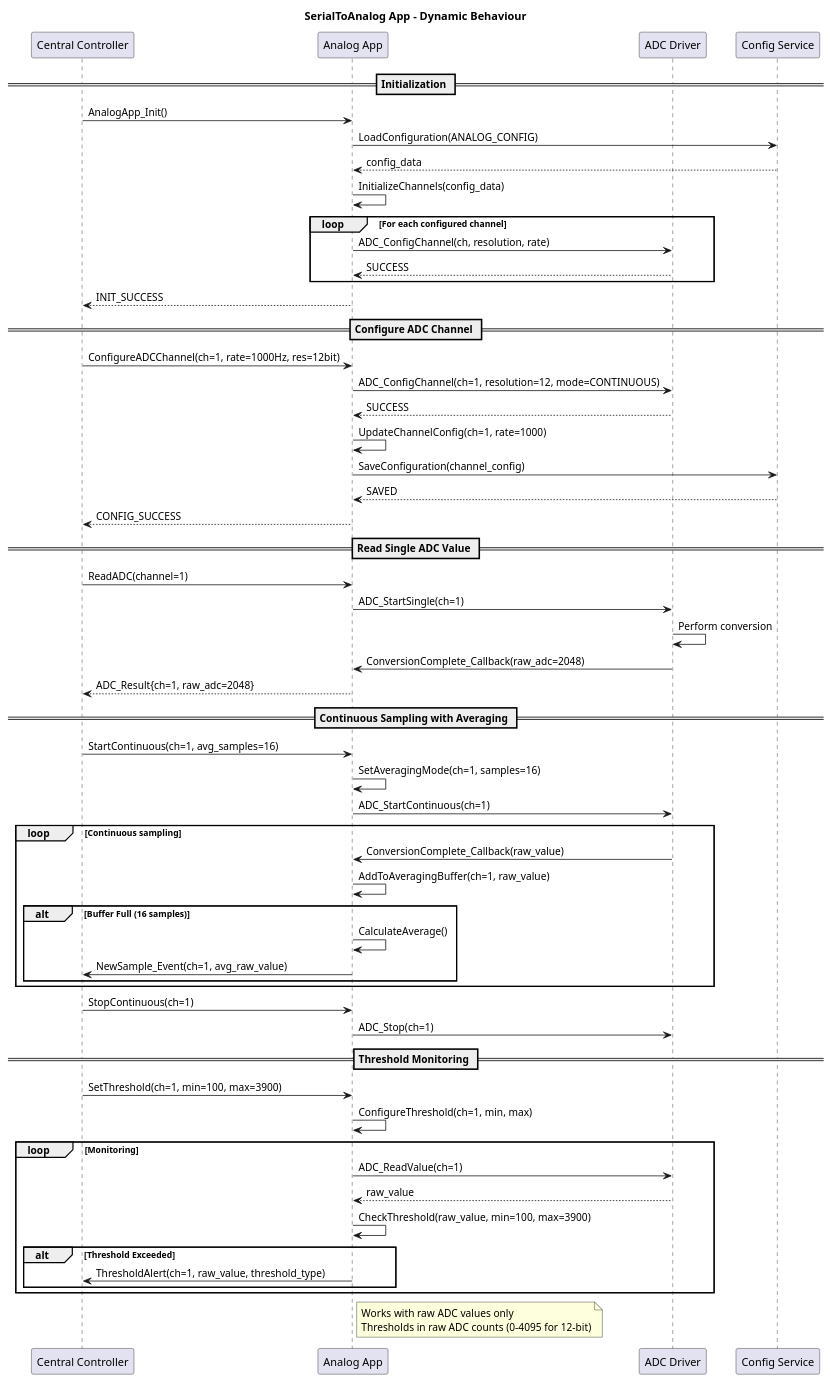
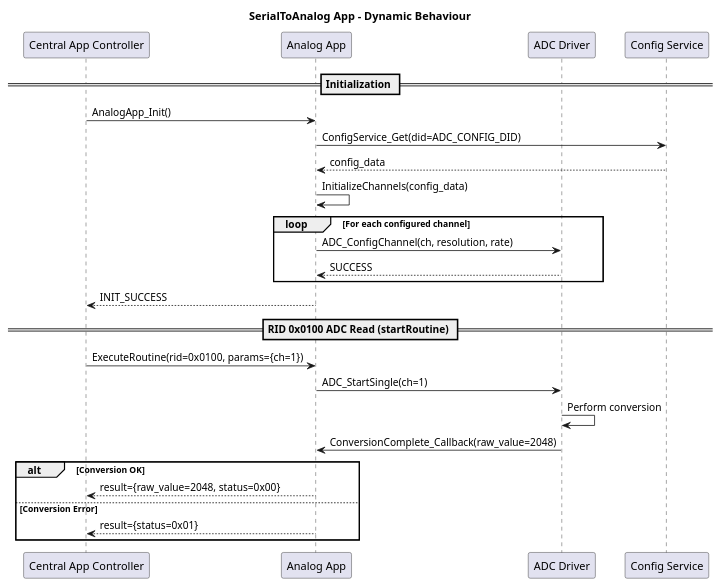
One commit to LinhTrucVo/Bico_Protocol_Bridge changed the diagram in 2_architecture/fucntionView/layer3Application/serialToAnalogApp/dynamicBehaviour.puml. Above: the diagram before and after it, drawn with PlantUML. The commit also changed 17 other files, not shown here.

```diff
--- a/2_architecture/fucntionView/layer3Application/serialToAnalogApp/dynamicBehaviour.puml
+++ b/2_architecture/fucntionView/layer3Application/serialToAnalogApp/dynamicBehaviour.puml
@@ -1,73 +1,31 @@
 @startuml
 title SerialToAnalog App - Dynamic Behaviour
 
-participant "Central Controller" as CC
+participant "Central App Controller" as CC
 participant "Analog App" as AA
 participant "ADC Driver" as ADC
-participant "Config Service" as CFG
+participant "Config Service" as CS
 
 == Initialization ==
 CC -> AA : AnalogApp_Init()
-AA -> CFG : LoadConfiguration(ANALOG_CONFIG)
-CFG --> AA : config_data
+AA -> CS : ConfigService_Get(did=ADC_CONFIG_DID)
+CS --> AA : config_data
 AA -> AA : InitializeChannels(config_data)
 loop For each configured channel
     AA -> ADC : ADC_ConfigChannel(ch, resolution, rate)
     ADC --> AA : SUCCESS
 end
 AA --> CC : INIT_SUCCESS
 
-== Configure ADC Channel ==
-CC -> AA : ConfigureADCChannel(ch=1, rate=1000Hz, res=12bit)
-AA -> ADC : ADC_ConfigChannel(ch=1, resolution=12, mode=CONTINUOUS)
-ADC --> AA : SUCCESS
-AA -> AA : UpdateChannelConfig(ch=1, rate=1000)
-AA -> CFG : SaveConfiguration(channel_config)
-CFG --> AA : SAVED
-AA --> CC : CONFIG_SUCCESS
-
-== Read Single ADC Value ==
-CC -> AA : ReadADC(channel=1)
+== RID 0x0100 ADC Read (startRoutine) ==
+CC -> AA : ExecuteRoutine(rid=0x0100, params={ch=1})
 AA -> ADC : ADC_StartSingle(ch=1)
 ADC -> ADC : Perform conversion
-ADC -> AA : ConversionComplete_Callback(raw_adc=2048)
-AA --> CC : ADC_Result{ch=1, raw_adc=2048}
-
-== Continuous Sampling with Averaging ==
-CC -> AA : StartContinuous(ch=1, avg_samples=16)
-AA -> AA : SetAveragingMode(ch=1, samples=16)
-AA -> ADC : ADC_StartContinuous(ch=1)
-
-loop Continuous sampling
-    ADC -> AA : ConversionComplete_Callback(raw_value)
-    AA -> AA : AddToAveragingBuffer(ch=1, raw_value)
-    
-    alt Buffer Full (16 samples)
-        AA -> AA : CalculateAverage()
-        AA -> CC : NewSample_Event(ch=1, avg_raw_value)
-    end
+ADC -> AA : ConversionComplete_Callback(raw_value=2048)
+alt Conversion OK
+    AA --> CC : result={raw_value=2048, status=0x00}
+else Conversion Error
+    AA --> CC : result={status=0x01}
 end
 
-CC -> AA : StopContinuous(ch=1)
-AA -> ADC : ADC_Stop(ch=1)
-
-== Threshold Monitoring ==
-CC -> AA : SetThreshold(ch=1, min=100, max=3900)
-AA -> AA : ConfigureThreshold(ch=1, min, max)
-
-loop Monitoring
-    AA -> ADC : ADC_ReadValue(ch=1)
-    ADC --> AA : raw_value
-    AA -> AA : CheckThreshold(raw_value, min=100, max=3900)
-    
-    alt Threshold Exceeded
-        AA -> CC : ThresholdAlert(ch=1, raw_value, threshold_type)
-    end
-end
-
-note right of AA
-  Works with raw ADC values only
-  Thresholds in raw ADC counts (0-4095 for 12-bit)
-end note
-
 @enduml
```
